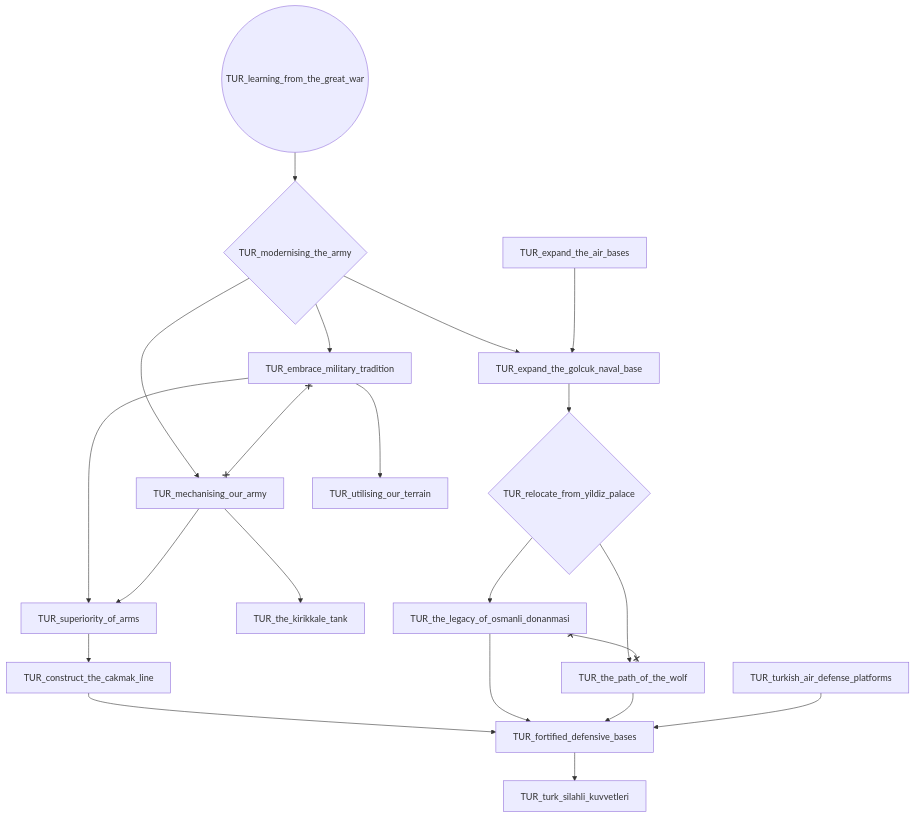
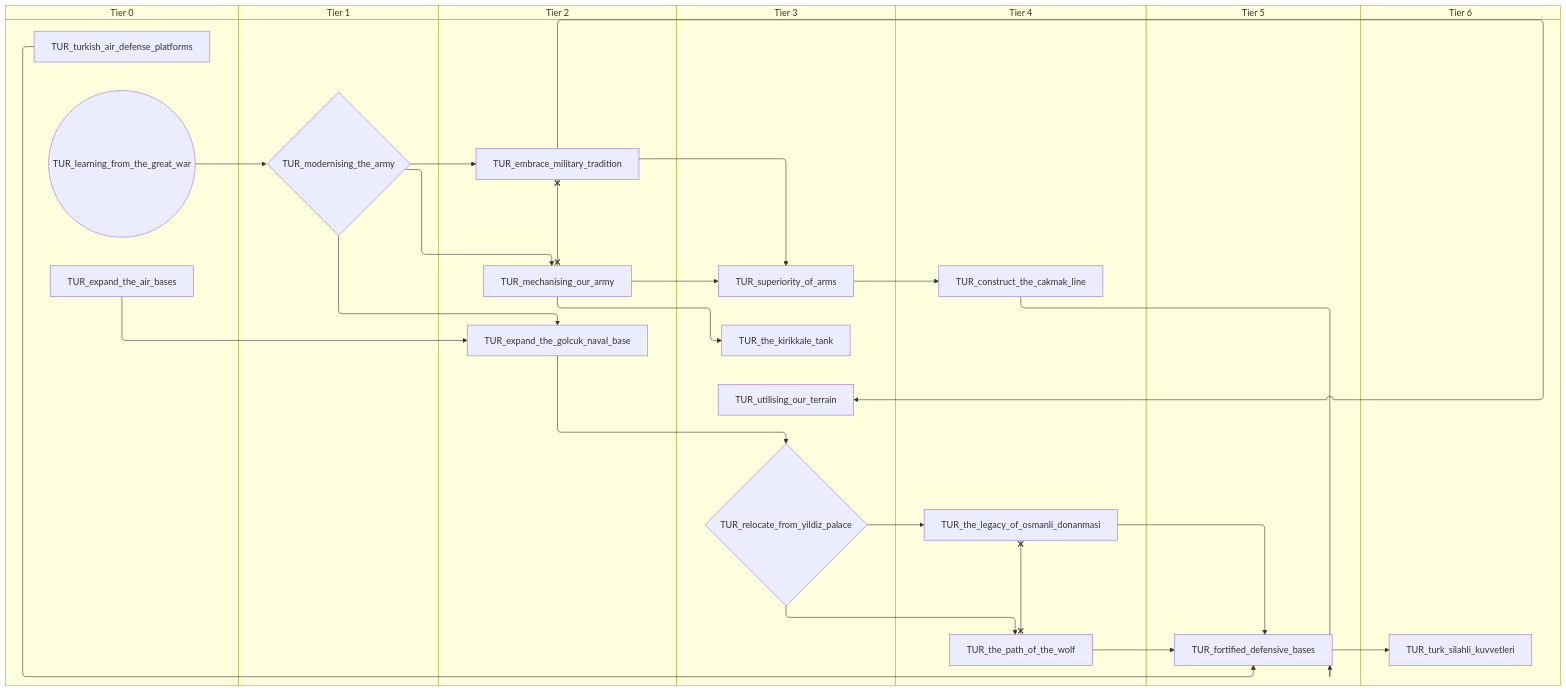
The second of 3 diagrams in docs/gdd/National Focuses/turkey.md (evgeny-sobol/hoi4-sandbox-mode), drawn with Mermaid before and after one commit. The commit also changed other lines of this file and 80 other files, not shown here.

First line of the commit message:
Add swimlane mode to focus graph exporter

````diff
--- a/docs/gdd/National Focuses/turkey.md
+++ b/docs/gdd/National Focuses/turkey.md
@@ -41,39 +55,53 @@
 ```mermaid
-flowchart TD
-    n2["TUR_construct_the_cakmak_line"]
-    n15["TUR_embrace_military_tradition"]
-    n3["TUR_expand_the_air_bases"]
-    n4["TUR_expand_the_golcuk_naval_base"]
-    n5["TUR_fortified_defensive_bases"]
-    n16(("TUR_learning_from_the_great_war"))
-    n17["TUR_mechanising_our_army"]
-    n8{"TUR_modernising_the_army"}
-    n10{"TUR_relocate_from_yildiz_palace"}
-    n18["TUR_superiority_of_arms"]
-    n19["TUR_the_kirikkale_tank"]
-    n11["TUR_the_legacy_of_osmanli_donanmasi"]
-    n12["TUR_the_path_of_the_wolf"]
-    n13["TUR_turk_silahli_kuvvetleri"]
-    n14["TUR_turkish_air_defense_platforms"]
-    n20["TUR_utilising_our_terrain"]
-    n18 --> n2
-    n8 --> n15
-    n8 --> n4
-    n3 --> n4
-    n2 --> n5
-    n11 --> n5
-    n12 --> n5
-    n14 --> n5
-    n8 --> n17
-    n16 --> n8
-    n4 --> n10
-    n15 --> n18
+swimlane-beta TD
+    subgraph tier_0["Tier 0"]
+        n4["TUR_expand_the_air_bases"]
+        n15(("TUR_learning_from_the_great_war"))
+        n12["TUR_turkish_air_defense_platforms"]
+    end
+    subgraph tier_1["Tier 1"]
+        n3{"TUR_modernising_the_army"}
+    end
+    subgraph tier_2["Tier 2"]
+        n16["TUR_embrace_military_tradition"]
+        n6["TUR_expand_the_golcuk_naval_base"]
+        n17["TUR_mechanising_our_army"]
+    end
+    subgraph tier_3["Tier 3"]
+        n9{"TUR_relocate_from_yildiz_palace"}
+        n18["TUR_superiority_of_arms"]
+        n19["TUR_the_kirikkale_tank"]
+        n20["TUR_utilising_our_terrain"]
+    end
+    subgraph tier_4["Tier 4"]
+        n1["TUR_construct_the_cakmak_line"]
+        n10["TUR_the_legacy_of_osmanli_donanmasi"]
+        n11["TUR_the_path_of_the_wolf"]
+    end
+    subgraph tier_5["Tier 5"]
+        n13["TUR_fortified_defensive_bases"]
+    end
+    subgraph tier_6["Tier 6"]
+        n14["TUR_turk_silahli_kuvvetleri"]
+    end
+    n18 --> n1
+    n3 --> n16
+    n3 --> n6
+    n4 --> n6
+    n1 --> n13
+    n10 --> n13
+    n11 --> n13
+    n12 --> n13
+    n3 --> n17
+    n15 --> n3
+    n6 --> n9
+    n16 --> n18
     n17 --> n18
     n17 --> n19
-    n10 --> n11
-    n10 --> n12
-    n5 --> n13
-    n15 --> n20
-    n15 x--x n17
-    n11 x--x n12
+    n9 --> n10
+    n9 --> n11
+    n13 --> n14
+    n16 --> n20
+    n16 x--x n17
+    n10 x--x n11
 ```
````
